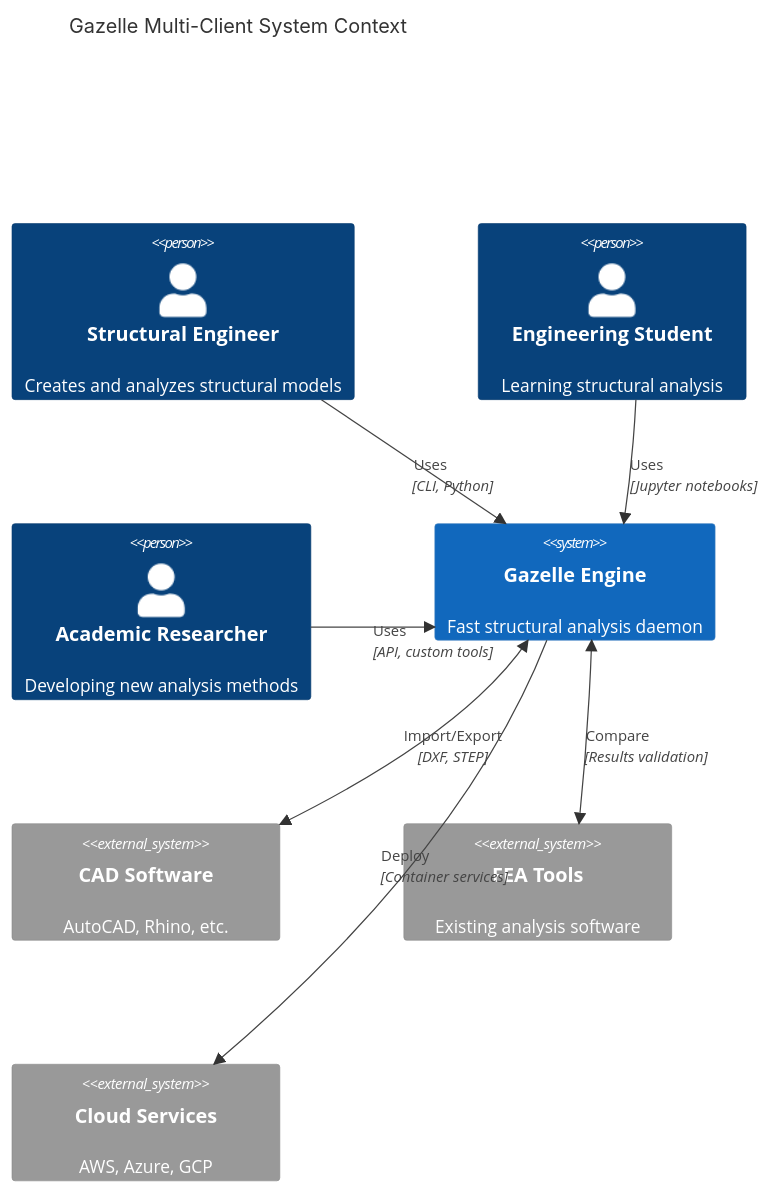
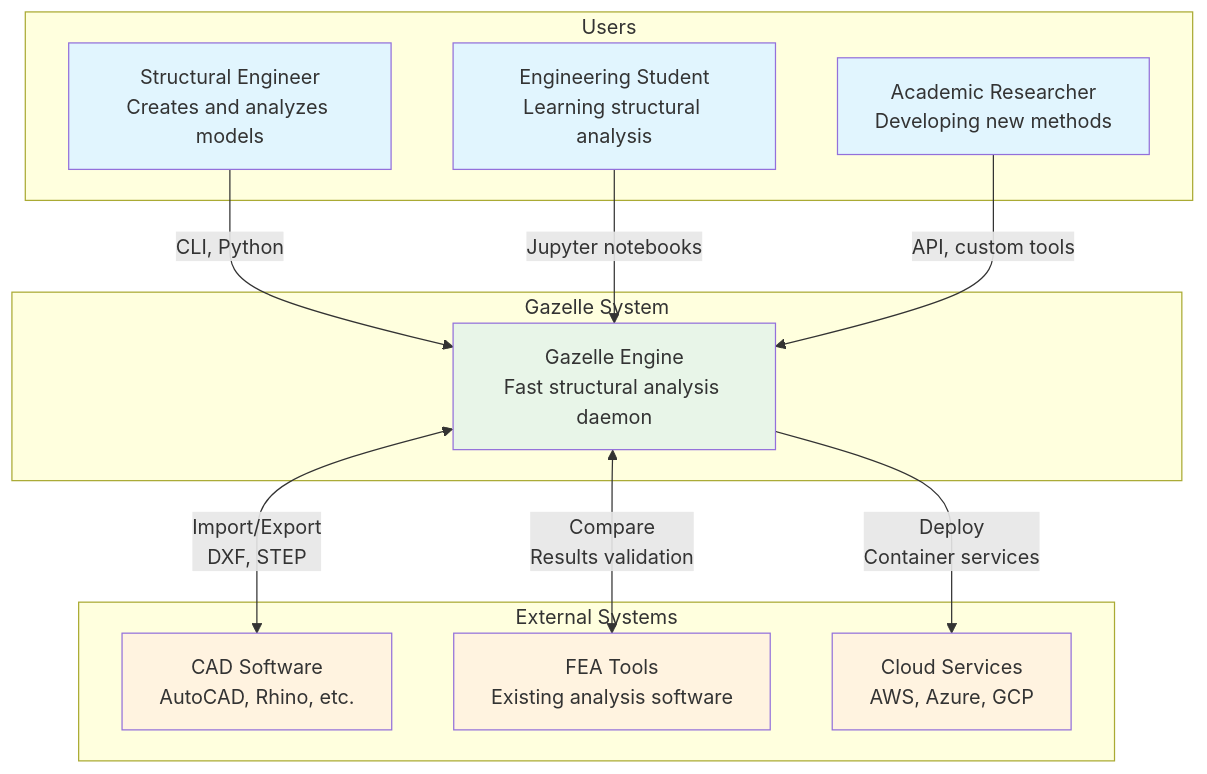
Before and after one commit to jsbayley/gazelle: the fourth of 7 diagrams in docs/WORKFLOWS.md, drawn with Mermaid. The commit also changed other lines of this file and 3 other files, not shown here.

````diff
--- a/docs/WORKFLOWS.md
+++ b/docs/WORKFLOWS.md
@@ -68,22 +89,34 @@
 ```mermaid
-C4Context
-    title Gazelle Multi-Client System Context
+graph TB
+    subgraph "Users"
+        Engineer[Structural Engineer<br/>Creates and analyzes models]
+        Student[Engineering Student<br/>Learning structural analysis]
+        Researcher[Academic Researcher<br/>Developing new methods]
+    end
     
-    Person(engineer, "Structural Engineer", "Creates and analyzes structural models")
-    Person(student, "Engineering Student", "Learning structural analysis")
-    Person(researcher, "Academic Researcher", "Developing new analysis methods")
+    subgraph "Gazelle System"
+        Core[Gazelle Engine<br/>Fast structural analysis daemon]
+    end
     
-    System(gazelle, "Gazelle Engine", "Fast structural analysis daemon")
+    subgraph "External Systems"
+        CAD[CAD Software<br/>AutoCAD, Rhino, etc.]
+        FEA[FEA Tools<br/>Existing analysis software]  
+        Cloud[Cloud Services<br/>AWS, Azure, GCP]
+    end
     
-    System_Ext(cad, "CAD Software", "AutoCAD, Rhino, etc.")
-    System_Ext(fea, "FEA Tools", "Existing analysis software")
-    System_Ext(cloud, "Cloud Services", "AWS, Azure, GCP")
+    Engineer -->|CLI, Python| Core
+    Student -->|Jupyter notebooks| Core
+    Researcher -->|API, custom tools| Core
     
-    Rel(engineer, gazelle, "Uses", "CLI, Python")
-    Rel(student, gazelle, "Uses", "Jupyter notebooks")
-    Rel(researcher, gazelle, "Uses", "API, custom tools")
+    Core <-->|Import/Export<br/>DXF, STEP| CAD
+    Core <-->|Compare<br/>Results validation| FEA
+    Core -->|Deploy<br/>Container services| Cloud
     
-    BiRel(gazelle, cad, "Import/Export", "DXF, STEP")
-    BiRel(gazelle, fea, "Compare", "Results validation")
-    Rel(gazelle, cloud, "Deploy", "Container services")
+    classDef user fill:#e1f5fe
+    classDef system fill:#e8f5e8
+    classDef external fill:#fff3e0
+    
+    class Engineer,Student,Researcher user
+    class Core system
+    class CAD,FEA,Cloud external
 ```
````
